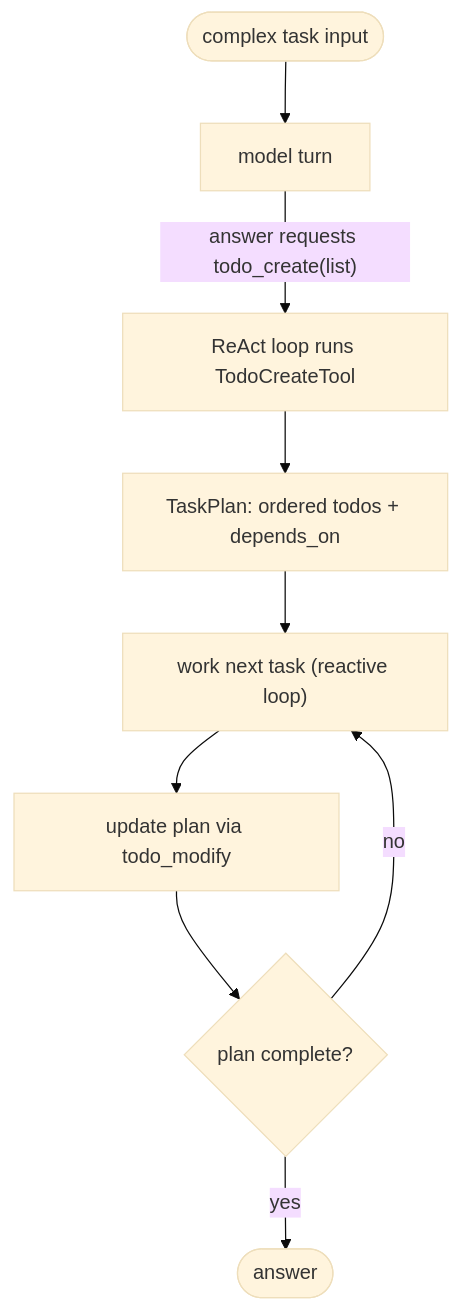
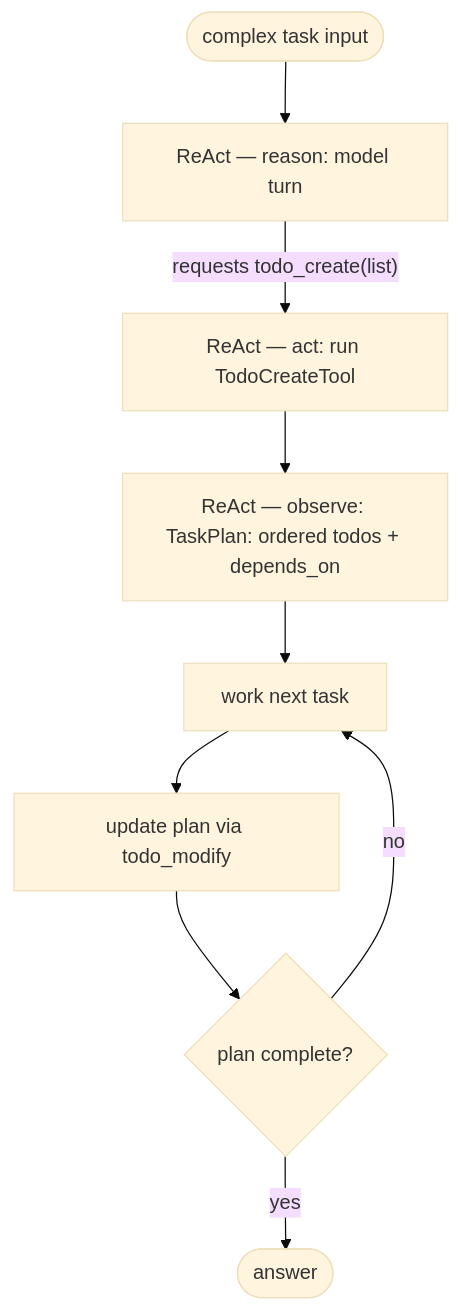
The tenth of 31 diagrams in docs-michael/agent-interview-questions.md (michaelatamuk/openjiuwen-jiuwenswarm), drawn with Mermaid (base theme) before and after one commit. The commit also changed other lines of this file, not shown here.

````diff
--- a/docs-michael/agent-interview-questions.md
+++ b/docs-michael/agent-interview-questions.md
@@ -167,11 +185,11 @@
 ```mermaid
 flowchart TD
-    I(["complex task input"]) --> M["model turn"]
-    M -->|"answer requests todo_create(list)"| TC["ReAct loop runs TodoCreateTool"]
-    TC --> P["TaskPlan: ordered todos + depends_on"]
-    P --> W["work next task (reactive loop)"]
+    I(["complex task input"]) --> M["ReAct — reason: model turn"]
+    M -->|"requests todo_create(list)"| TC["ReAct — act: run TodoCreateTool"]
+    TC --> P["ReAct — observe: TaskPlan: ordered todos + depends_on"]
+    P --> W["work next task"]
     W --> U["update plan via todo_modify"]
     U --> Q{"plan complete?"}
     Q -->|no| W
     Q -->|yes| A(["answer"])
 ```
````
